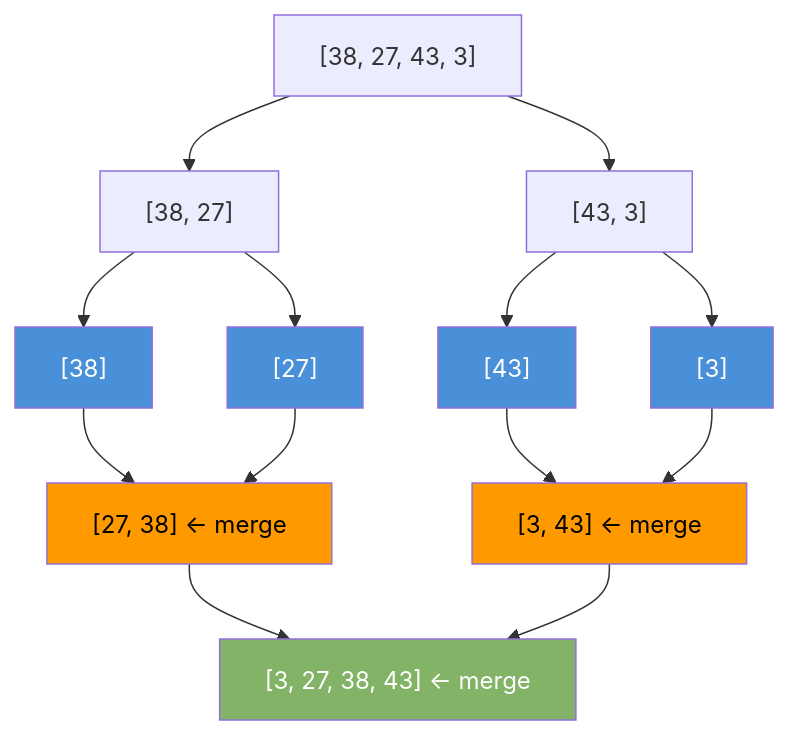
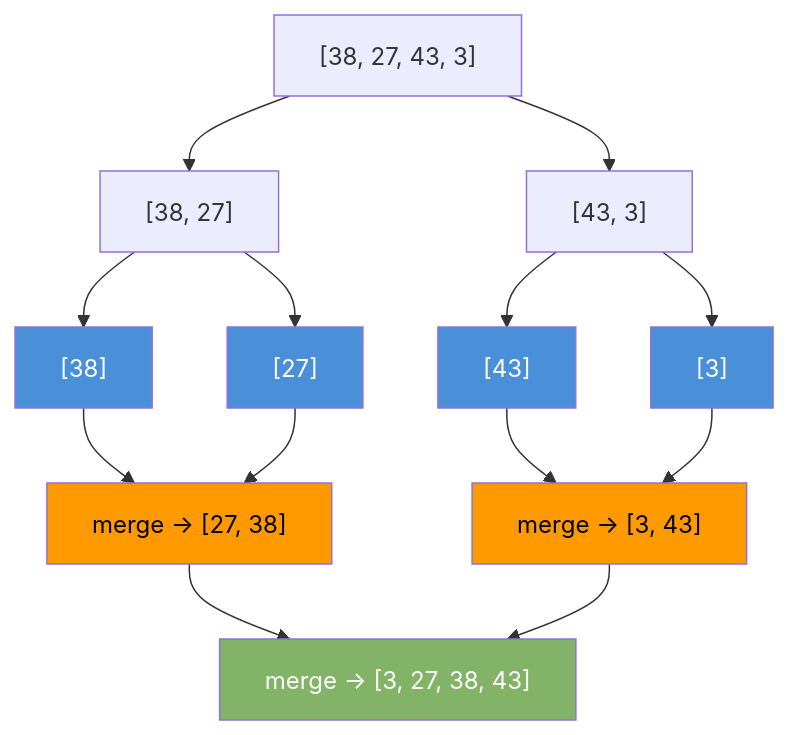
One commit to valarpirai/software-enginneering changed the diagram in docs/22-merge-sort.md. Above: the diagram before and after it, drawn with Mermaid. The commit also changed other lines of this file and 3 other files, not shown here.

````diff
--- a/docs/22-merge-sort.md
+++ b/docs/22-merge-sort.md
@@ -17,22 +33,22 @@
 ```mermaid
 graph TD
     A["[38, 27, 43, 3]"] --> B["[38, 27]"]
     A --> C["[43, 3]"]
     B --> D["[38]"]
     B --> E["[27]"]
     C --> F["[43]"]
     C --> G["[3]"]
-    D --> H["[27, 38]  ← merge"]
+    D --> H["merge → [27, 38]"]
     E --> H
-    F --> I["[3, 43]  ← merge"]
+    F --> I["merge → [3, 43]"]
     G --> I
-    H --> J["[3, 27, 38, 43]  ← merge"]
+    H --> J["merge → [3, 27, 38, 43]"]
     I --> J
     style D fill:#4a90d9,color:#fff
     style E fill:#4a90d9,color:#fff
     style F fill:#4a90d9,color:#fff
     style G fill:#4a90d9,color:#fff
     style H fill:#ff9900,color:#000
     style I fill:#ff9900,color:#000
     style J fill:#82b366,color:#fff
 ```
````
